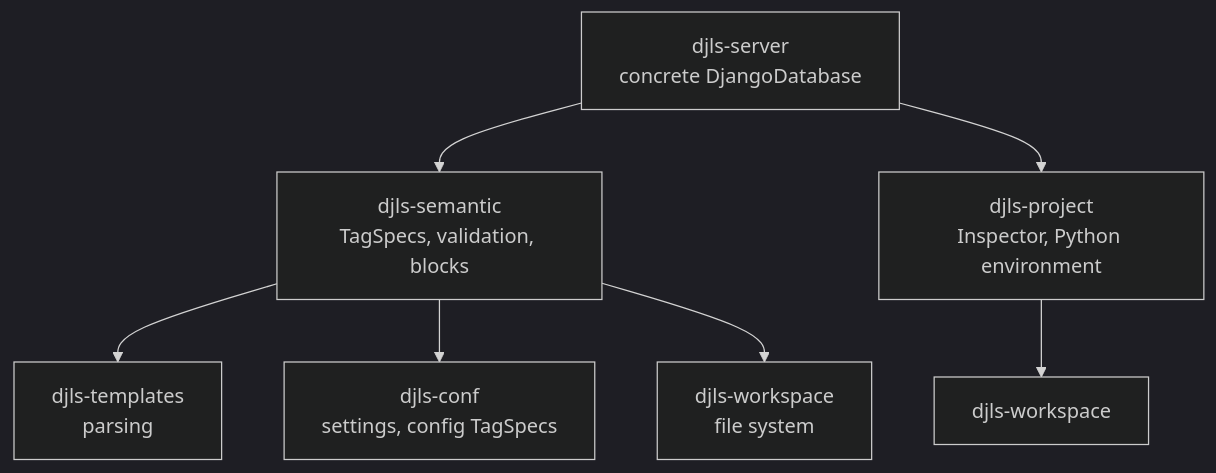
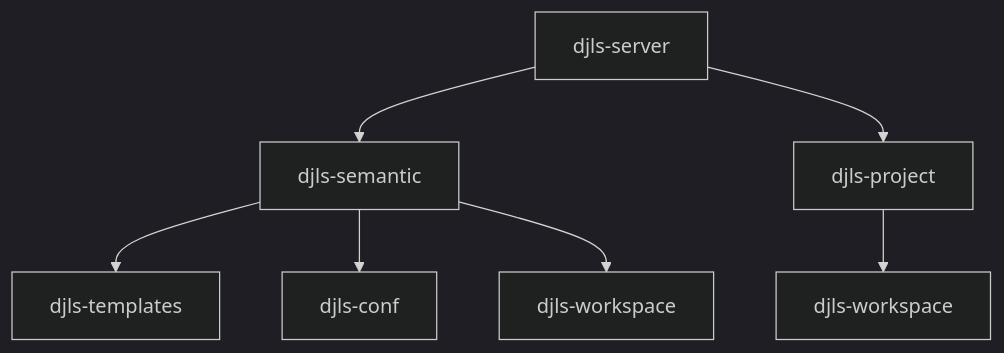
The first of 3 diagrams in .agents/rfcs/2026-02-05-rfc-extraction-placement.md (joshuadavidthomas/django-language-server), drawn with Mermaid (dark theme) before and after one commit. The commit also changed other lines of this file and 12 other files, not shown here.

Commit message:
change ASCII diagrams to Mermaid

````diff
--- a/.agents/rfcs/2026-02-05-rfc-extraction-placement.md
+++ b/.agents/rfcs/2026-02-05-rfc-extraction-placement.md
@@ -40,13 +40,13 @@
 ```mermaid
 flowchart TB
-    Server["djls-server<br/>concrete DjangoDatabase"]
+    Server["djls-server"]
 
-    Server --> Semantic["djls-semantic<br/>TagSpecs, validation, blocks"]
-    Server --> Project["djls-project<br/>Inspector, Python environment"]
+    Server --> Semantic["djls-semantic"]
+    Server --> Project["djls-project"]
 
-    Semantic --> Templates["djls-templates<br/>parsing"]
-    Semantic --> Conf["djls-conf<br/>settings, config TagSpecs"]
-    Semantic --> Workspace1["djls-workspace<br/>file system"]
+    Semantic --> Templates["djls-templates"]
+    Semantic --> Conf["djls-conf"]
+    Semantic --> Workspace1["djls-workspace"]
 
     Project --> Workspace2["djls-workspace"]
 ```
````
